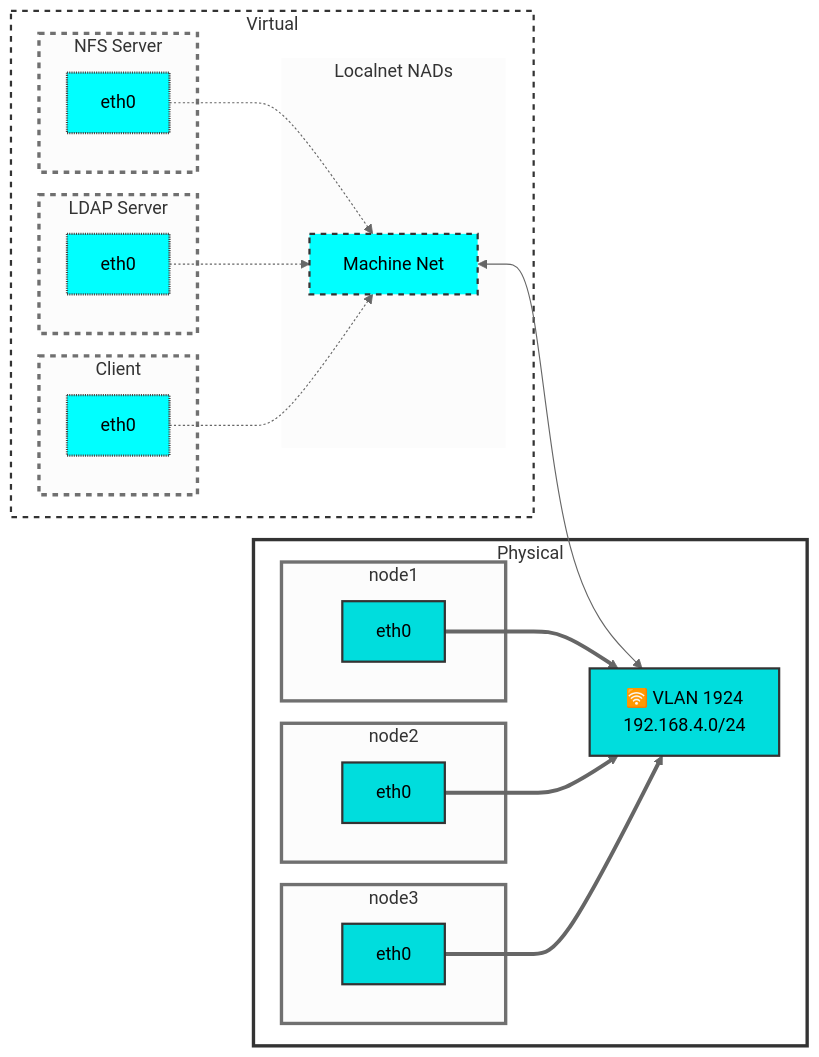
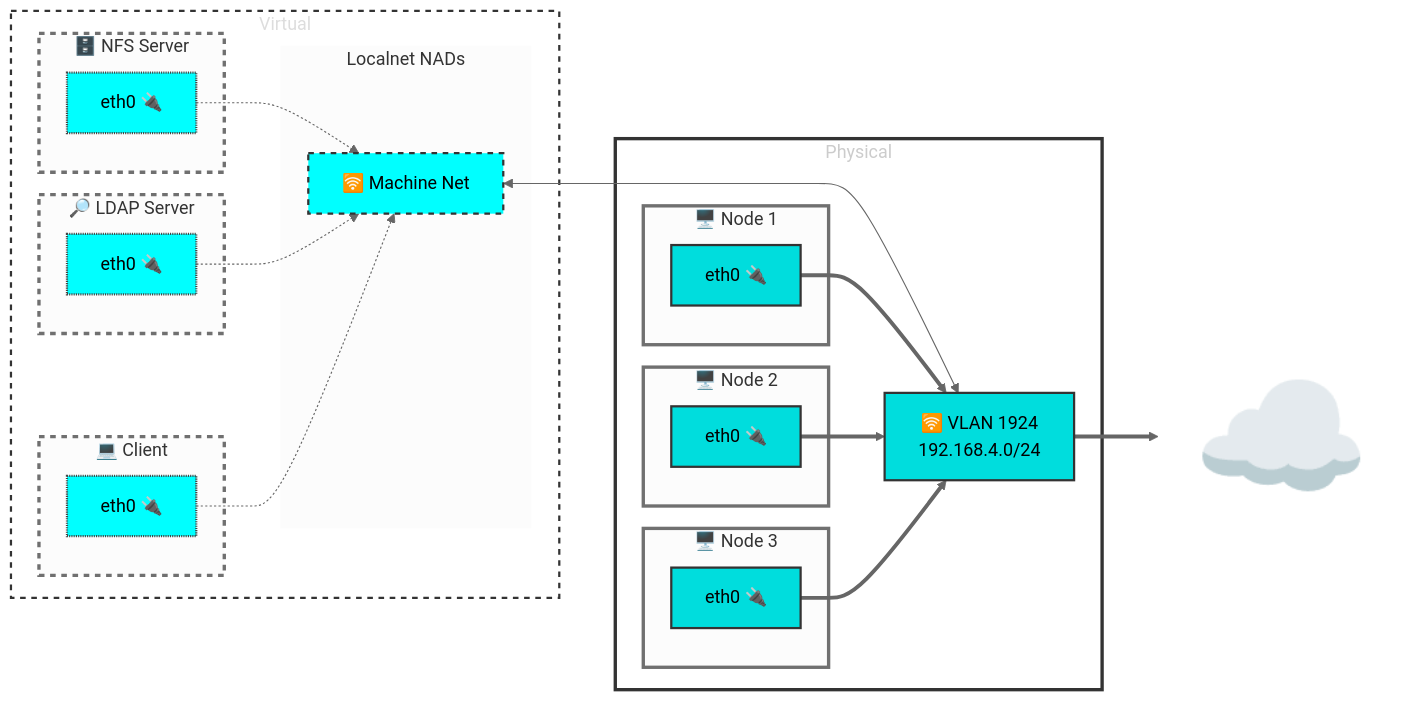
The diagram in content/blog/Deploying-LDAP-AutoFS-with-OpenShift-Virtualization.md (dlbewley/guifreelife-src), drawn with Mermaid (neutral theme) before and after one commit. The commit also changed other lines of this file, not shown here.

````diff
--- a/content/blog/Deploying-LDAP-AutoFS-with-OpenShift-Virtualization.md
+++ b/content/blog/Deploying-LDAP-AutoFS-with-OpenShift-Virtualization.md
@@ -76,68 +74,65 @@
 ```mermaid
 graph LR;
-    nad-1924 <--> vlan-1924
+    Internet["☁️ "]:::Internet
     vlan-1924[🛜 VLAN 1924<br>192.168.4.0/24<br>]:::vlan-1924;
+    vlan-1924 ==> Internet
+    nad-1924 <---> vlan-1924
 
     subgraph Physical["Physical"]
-      subgraph node1
-        node1-eth0[eth0]:::node-eth;
+      subgraph node1["🖥️ Node 1"]
+        node1-eth0[eth0 🔌]:::node-eth;
       end
-      subgraph node2
-        node2-eth0[eth0]:::node-eth;
+      subgraph node2["🖥️ Node 2"]
+        node2-eth0[eth0 🔌]:::node-eth;
       end
-      subgraph node3
-        node3-eth0[eth0]:::node-eth;
+      subgraph node3["🖥️ Node 3"]
+        node3-eth0[eth0 🔌]:::node-eth;
       end
-
 
       node1-eth0 ==> vlan-1924
       node2-eth0 ==> vlan-1924;
       node3-eth0 ==> vlan-1924;
     end
 
     subgraph Virtual["Virtual"]
-
       subgraph Localnets["Localnet NADs"]
-          nad-1924[Machine Net]:::nad-1924;
+          nad-1924[🛜 Machine Net]:::nad-1924;
       end
 
-      subgraph NFS-Server["NFS Server"]
-          server-1-eth0[eth0]:::vm-eth;
+      subgraph NFS-Server["🗄️ NFS Server"]
+          server-1-eth0[eth0 🔌]:::vm-eth;
       end
 
-      subgraph LDAP-Server["LDAP Server"]
-          server-2-eth0[eth0]:::vm-eth;
+      subgraph LDAP-Server["🔎 LDAP Server"]
+          server-2-eth0[eth0 🔌]:::vm-eth;
       end
 
-      subgraph Client
-          server-3-eth0[eth0]:::vm-eth;
+      subgraph Client["💻 Client"]
+          server-3-eth0[eth0 🔌]:::vm-eth;
       end
     end
 
     server-1-eth0 -.-> nad-1924
     server-2-eth0 -.-> nad-1924
     server-3-eth0 -.-> nad-1924
 
-
-
     classDef node-eth fill:#00dddd,stroke:#333,stroke-width:2px;
     classDef vm-eth fill:#00ffff,stroke:#444,stroke-width:2px,stroke-dasharray: 1 1;
-
 
     classDef vlan-1924 fill:#00dddd,stroke:#333,stroke-width:2px;
     classDef nad-1924 fill:#00ffff,stroke:#333,stroke-width:2px,stroke-dasharray: 5 5;
 
-
     classDef networks fill:#cdd,stroke-width:0px
 
     style Localnets stroke-width:0px;
-    style Physical fill:#fff,stroke:#333,stroke-width:3px
-    style Virtual fill:#fff,stroke:#333,stroke-width:2px,stroke-dasharray: 5 5;
+    style Physical color:#ccc,fill:#fff,stroke:#333,stroke-width:3px
+    style Virtual color:#ddd,fill:#fff,stroke:#333,stroke-width:2px,stroke-dasharray: 5 5;
+    style Internet fill:none,stroke-width:0px,font-size:+2em;
 
     classDef servers stroke-width:3px,stroke-dasharray: 5 5;
     class NFS-Server,LDAP-Server,Client servers
 
     classDef nodes stroke-width:3px
     class node1,node2,node3 nodes
 
 ```
````
